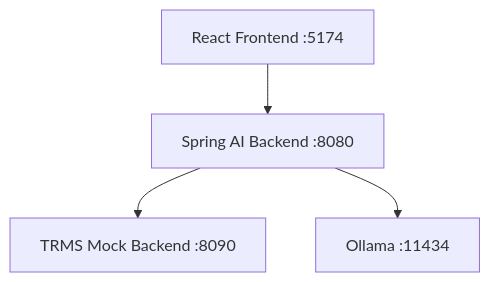
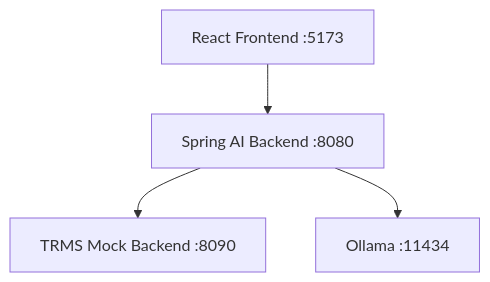
One commit to ichagas/agentic_trms changed the diagram in docs/SERVICES_README.md. Above: the diagram before and after it, drawn with Mermaid. The commit also changed other lines of this file and 20 other files, not shown here.

````diff
--- a/docs/SERVICES_README.md
+++ b/docs/SERVICES_README.md
@@ -32,6 +32,6 @@
 ```mermaid
 graph TD
-    A[React Frontend :5174] --> B[Spring AI Backend :8080]
+    A[React Frontend :5173] --> B[Spring AI Backend :8080]
     B --> C[TRMS Mock Backend :8090]
     B --> D[Ollama :11434]
 ```
````
